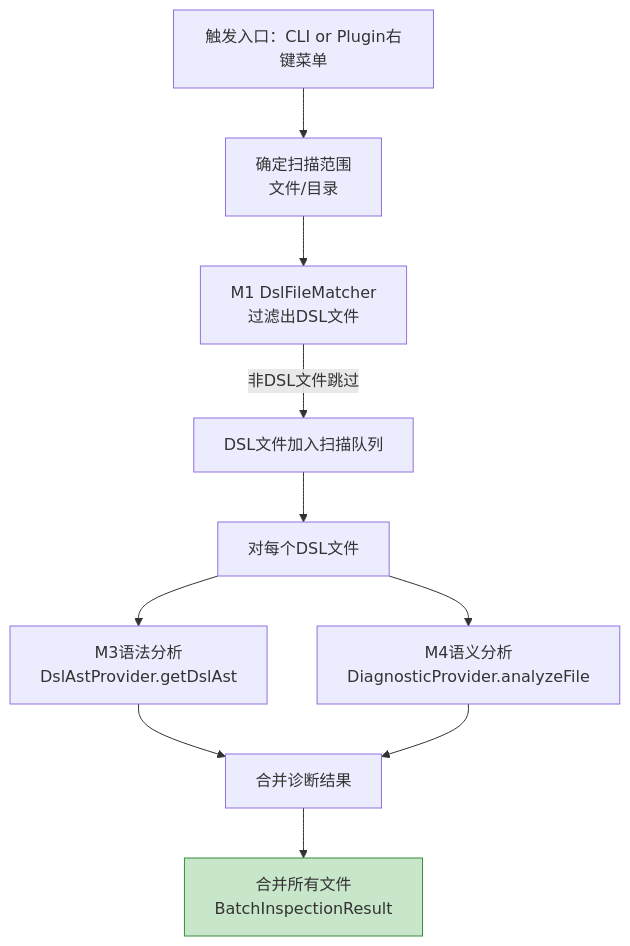
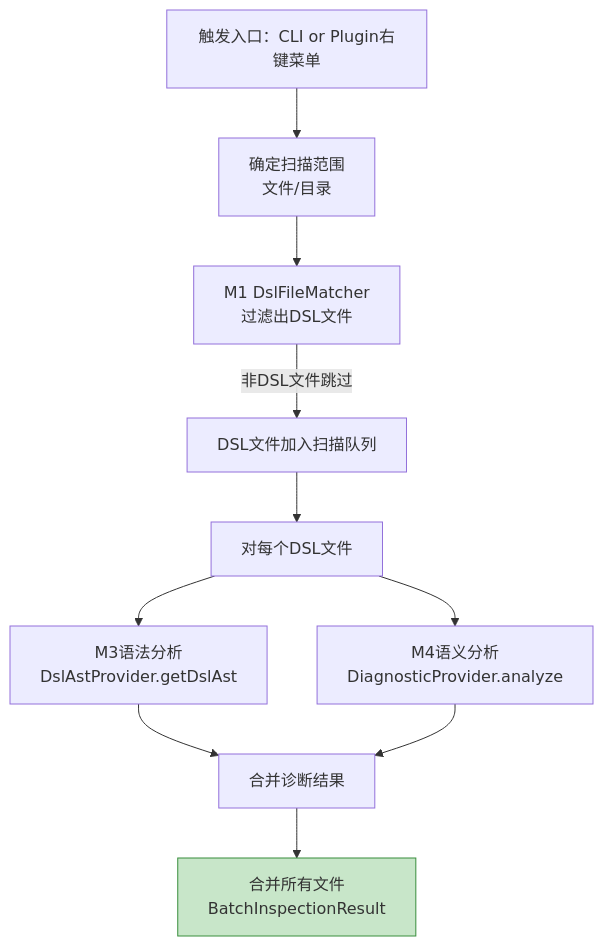
The diagram in docs/architecture/M7-BatchInspection.md (araragi-koyomin/theme-engine-dsl-static-analyzer), drawn with Mermaid before and after one commit. The commit also changed other lines of this file and 2 other files, not shown here.

Commit message:
docs: update M3+M4+M7 architecture — SAX→StAX, SYN rule mapping, CLI param semantics, mode dispatch

````diff
--- a/docs/architecture/M7-BatchInspection.md
+++ b/docs/architecture/M7-BatchInspection.md
@@ -43,14 +43,14 @@
 ```mermaid
 flowchart TD
     Trigger[触发入口：CLI or Plugin右键菜单] --> Scope[确定扫描范围<br/>文件/目录]
     Scope --> Filter[M1 DslFileMatcher<br/>过滤出DSL文件]
     Filter --> |非DSL文件跳过| Queue[DSL文件加入扫描队列]
     Queue --> PerFile[对每个DSL文件]
     PerFile --> M3Run[M3语法分析<br/>DslAstProvider.getDslAst]
-    PerFile --> M4Run[M4语义分析<br/>DiagnosticProvider.analyzeFile]
+    PerFile --> M4Run[M4语义分析<br/>DiagnosticProvider.analyze]
     M3Run --> MergePer[合并诊断结果]
     M4Run --> MergePer
     MergePer --> MergeAll[合并所有文件<br/>BatchInspectionResult]
 
     style MergeAll fill:#c8e6c9,stroke:#388e3c
 ```
````
